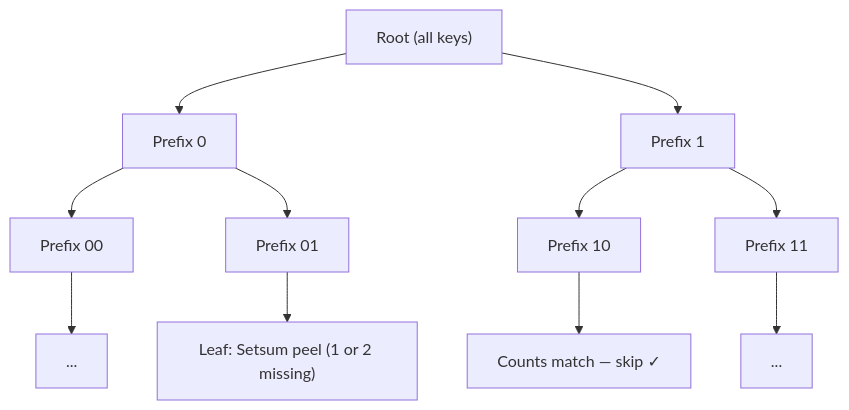
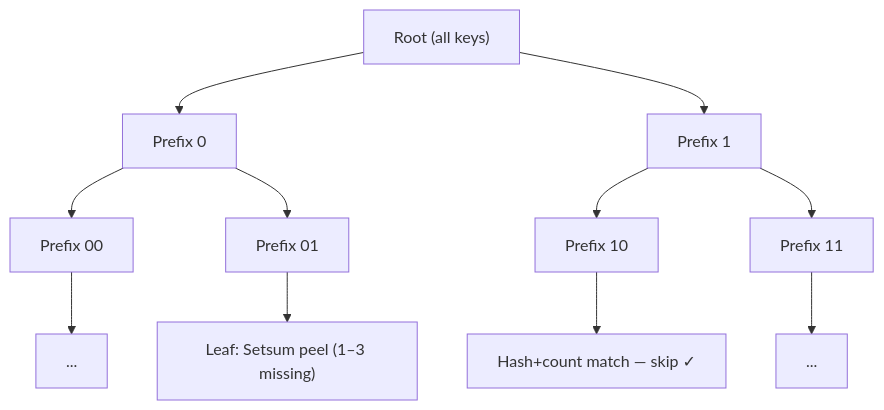
One commit to arj03/setsum-cs changed the second of 8 diagrams in SetSum/Sync/README.md. Above: the diagram before and after it, drawn with Mermaid. The commit also changed other lines of this file and 10 other files, not shown here.

````diff
--- a/SetSum/Sync/README.md
+++ b/SetSum/Sync/README.md
@@ -70,13 +72,13 @@
 ```mermaid
 flowchart TD
     A["Root (all keys)"] --> B["Prefix 0"]
     A --> C["Prefix 1"]
     B --> D["Prefix 00"]
     B --> E["Prefix 01"]
     C --> F["Prefix 10"]
     C --> G["Prefix 11"]
     D --> H["..."]
-    E --> I["Leaf: Setsum peel (1 or 2 missing)"]
-    F --> J["Counts match — skip ✓"]
+    E --> I["Leaf: Setsum peel (1–3 missing)"]
+    F --> J["Hash+count match — skip ✓"]
     G --> K["..."]
 ```
````
